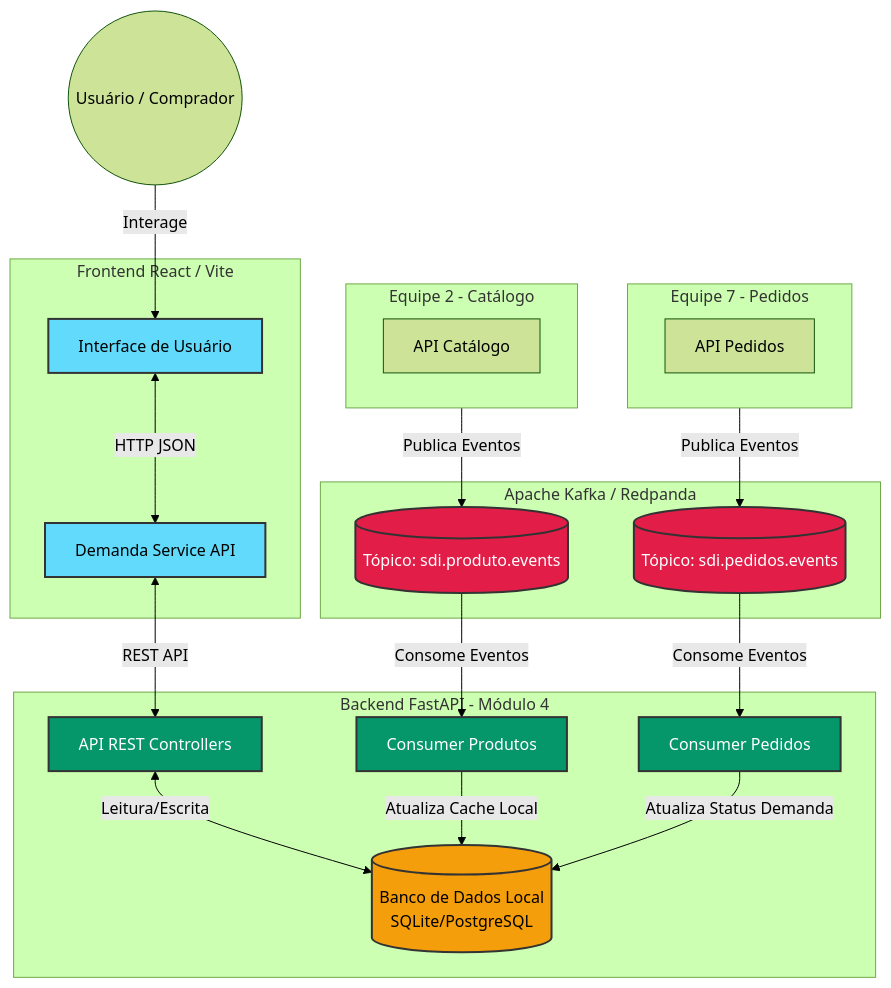
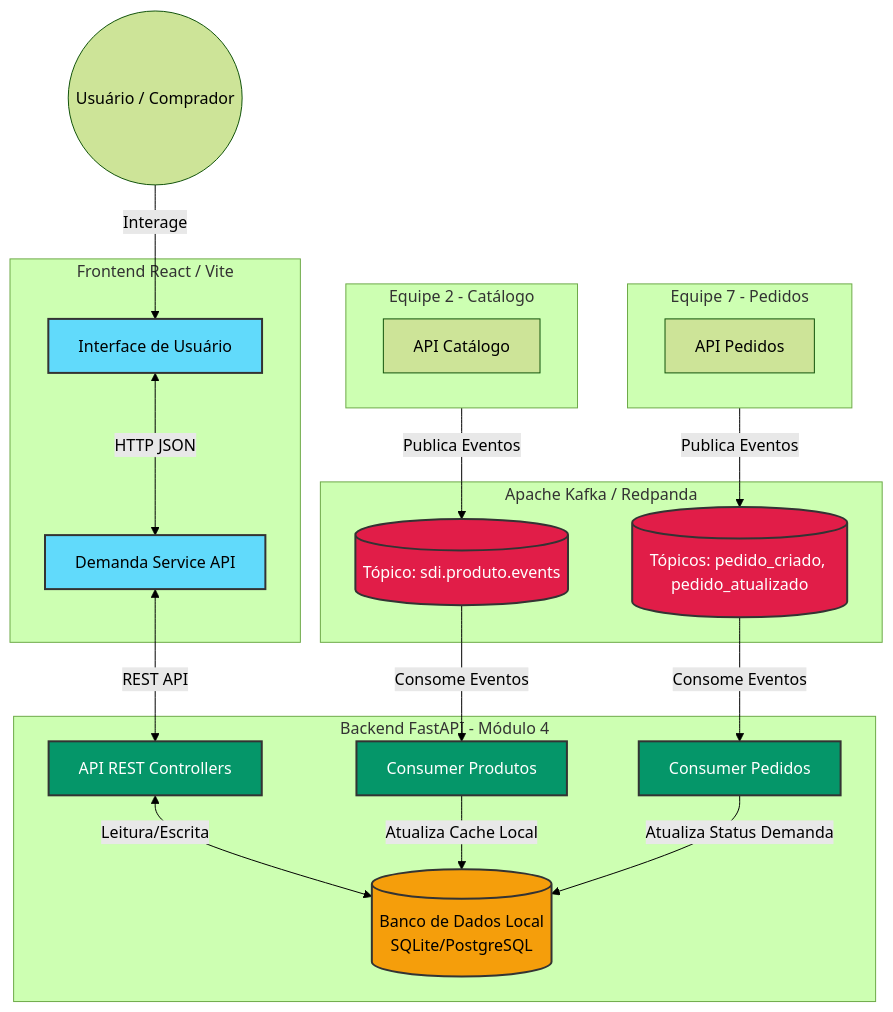
Before and after one commit to GabrielSLange/modulo-compradores: the diagram in API_DOCUMENTATION.md, drawn with Mermaid (forest theme). The commit also changed other lines of this file and 9 other files, not shown here.

````diff
--- a/API_DOCUMENTATION.md
+++ b/API_DOCUMENTATION.md
@@ -13,58 +13,58 @@
 ```mermaid
 graph TD
     %% Atores
     User((Usuário / Comprador))
     
     %% Frontend
     subgraph Frontend [Frontend React / Vite]
         UI[Interface de Usuário]
         DemandaService[Demanda Service API]
     end
 
     %% Backend
     subgraph Backend [Backend FastAPI - Módulo 4]
         API_REST[API REST Controllers]
         DB[(Banco de Dados Local\nSQLite/PostgreSQL)]
         Consumer_Produtos[Consumer Produtos]
         Consumer_Pedidos[Consumer Pedidos]
     end
 
     %% Integrações Externas
     subgraph Mensageria [Apache Kafka / Redpanda]
         Topic_Produtos[(Tópico: sdi.produto.events)]
-        Topic_Pedidos[(Tópico: sdi.pedidos.events)]
+        Topic_Pedidos[(Tópicos: pedido_criado, pedido_atualizado)]
     end
     
     subgraph Modulo_Catalogo [Equipe 2 - Catálogo]
         API_Catalogo[API Catálogo]
     end
 
     subgraph Modulo_Pedidos [Equipe 7 - Pedidos]
         API_Pedidos[API Pedidos]
     end
 
     %% Conexões
     User -->|Interage| UI
     UI <-->|HTTP JSON| DemandaService
     DemandaService <-->|REST API| API_REST
     API_REST <-->|Leitura/Escrita| DB
     
     Modulo_Catalogo -->|Publica Eventos| Topic_Produtos
     Topic_Produtos -->|Consome Eventos| Consumer_Produtos
     Consumer_Produtos -->|Atualiza Cache Local| DB
 
     Modulo_Pedidos -->|Publica Eventos| Topic_Pedidos
     Topic_Pedidos -->|Consome Eventos| Consumer_Pedidos
     Consumer_Pedidos -->|Atualiza Status Demanda| DB
     
     %% Estilos
     classDef frontend fill:#61dafb,stroke:#333,stroke-width:2px,color:#000;
     classDef backend fill:#059669,stroke:#333,stroke-width:2px,color:#fff;
     classDef kafka fill:#e11d48,stroke:#333,stroke-width:2px,color:#fff;
     classDef db fill:#f59e0b,stroke:#333,stroke-width:2px,color:#000;
     
     class UI,DemandaService frontend;
     class API_REST,Consumer_Produtos,Consumer_Pedidos backend;
     class Topic_Produtos,Topic_Pedidos kafka;
     class DB db;
 ```
````
